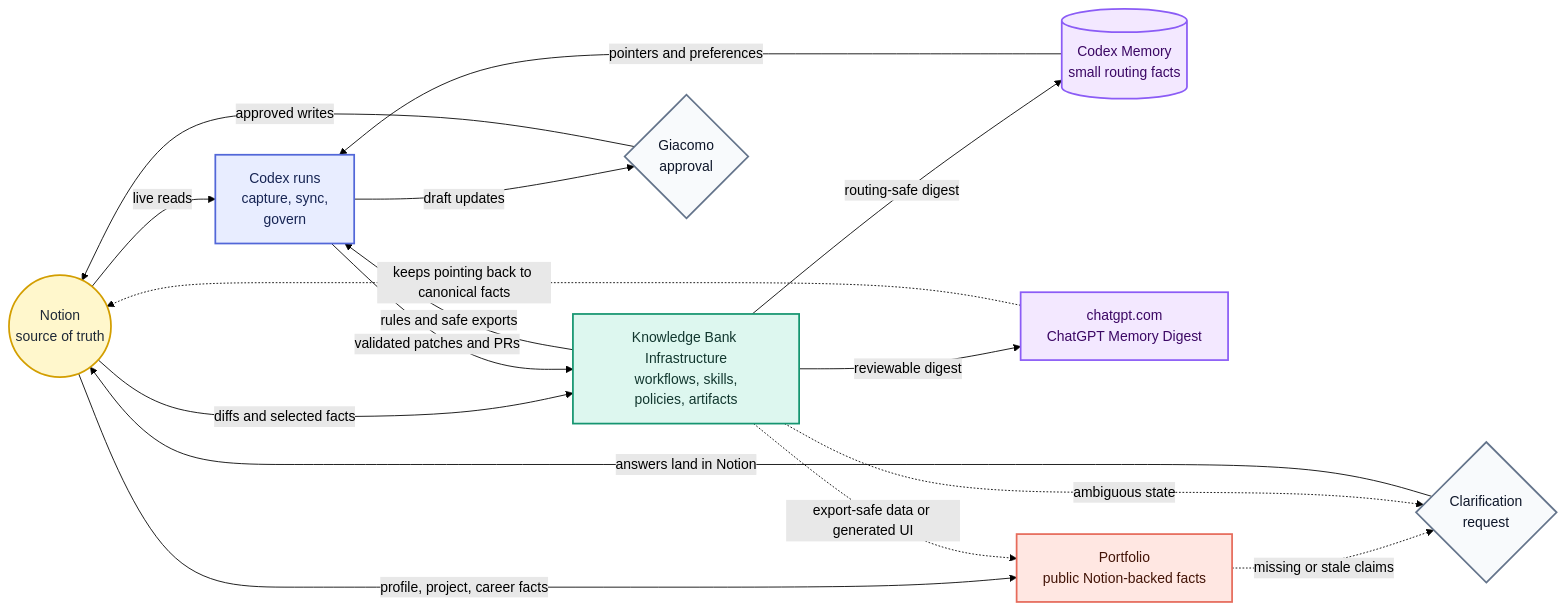
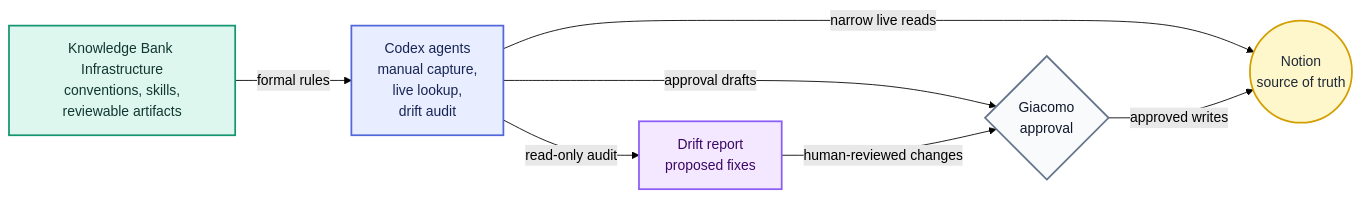
One commit to giacomoguidotto/kb-infra changed the diagram in README.md. Above: the diagram before and after it, drawn with Mermaid (forest theme). The commit also changed other lines of this file and 9 other files, not shown here.

Commit message:
docs: simplify knowledge bank operating model

````diff
--- a/README.md
+++ b/README.md
@@ -29,45 +29,27 @@
 ```mermaid
 flowchart LR
     notion(("Notion<br/>source of truth"))
-    kbInfra["Knowledge Bank Infrastructure<br/>workflows, skills,<br/>policies, artifacts"]
-    codex["Codex runs<br/>capture, sync,<br/>govern"]
-    codexMemory[("Codex Memory<br/>small routing facts")]
-    chatgpt["chatgpt.com<br/>ChatGPT Memory Digest"]
-    portfolio["Portfolio<br/>public Notion-backed facts"]
+    kbInfra["Knowledge Bank Infrastructure<br/>conventions, skills,<br/>reviewable artifacts"]
+    codex["Codex agents<br/>manual capture,<br/>live lookup,<br/>drift audit"]
     approval{"Giacomo<br/>approval"}
-    clarify{"Clarification<br/>request"}
+    report["Drift report<br/>proposed fixes"]
 
-    notion -- "live reads" --> codex
-    codex -- "draft updates" --> approval
+    kbInfra -- "formal rules" --> codex
+    codex -- "narrow live reads" --> notion
+    codex -- "approval drafts" --> approval
     approval -- "approved writes" --> notion
-
-    notion -- "diffs and selected facts" --> kbInfra
-    kbInfra -- "rules and safe exports" --> codex
-    codex -- "validated patches and PRs" --> kbInfra
-
-    kbInfra -- "routing-safe digest" --> codexMemory
-    codexMemory -- "pointers and preferences" --> codex
-
-    kbInfra -- "reviewable digest" --> chatgpt
-    chatgpt -. "keeps pointing back to canonical facts" .-> notion
-
-    notion -- "profile, project, career facts" --> portfolio
-    kbInfra -. "export-safe data or generated UI" .-> portfolio
-    portfolio -. "missing or stale claims" .-> clarify
-    kbInfra -. "ambiguous state" .-> clarify
-    clarify -- "answers land in Notion" --> notion
+    codex -- "read-only audit" --> report
+    report -- "human-reviewed changes" --> approval
 
     classDef source fill:#fff7cc,stroke:#d39e00,stroke-width:2px,color:#1f2937;
     classDef gateway fill:#ddf7ef,stroke:#159570,stroke-width:2px,color:#12372f;
     classDef runtime fill:#e8edff,stroke:#5267d8,stroke-width:2px,color:#172554;
-    classDef memory fill:#f3e8ff,stroke:#8b5cf6,stroke-width:2px,color:#3b0764;
-    classDef product fill:#ffe7e2,stroke:#e66b5b,stroke-width:2px,color:#431407;
+    classDef artifact fill:#f3e8ff,stroke:#8b5cf6,stroke-width:2px,color:#3b0764;
     classDef decision fill:#f8fafc,stroke:#64748b,stroke-width:2px,color:#0f172a;
 
     class notion source;
     class kbInfra gateway;
     class codex runtime;
-    class codexMemory,chatgpt memory;
-    class portfolio product;
-    class approval,clarify decision;
+    class report artifact;
+    class approval decision;
 ```
````
